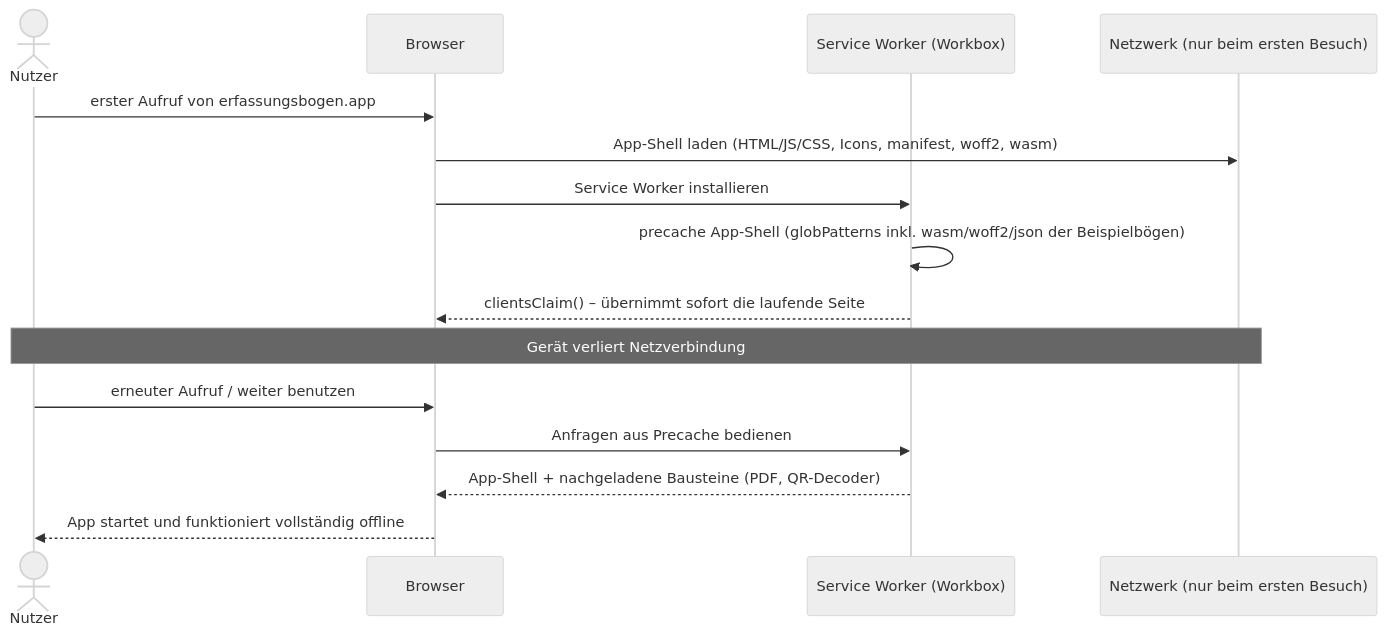
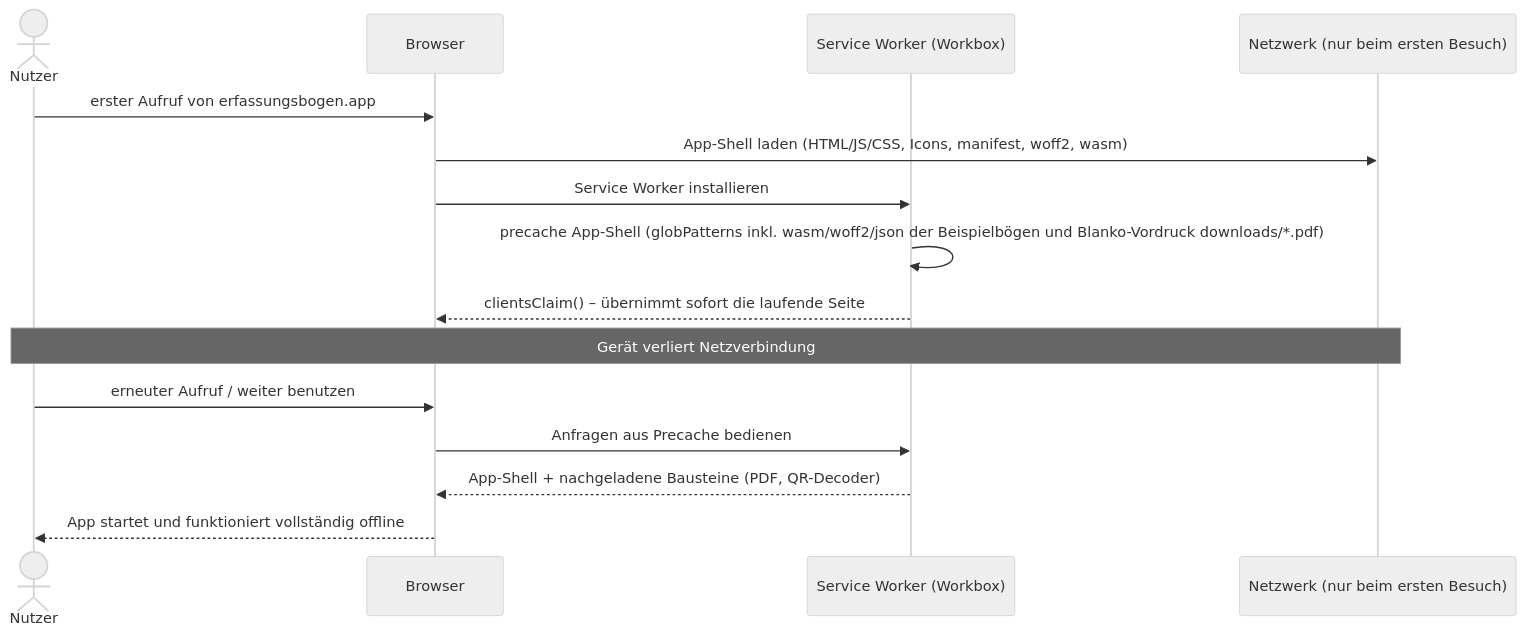
The eighth of 12 diagrams in docs/arc42-architektur.md (wattnpapa/erfassungsbogen), drawn with Mermaid (neutral theme) before and after one commit. The commit also changed other lines of this file and 6 other files, not shown here.

First line of the commit message:
Speicheranzeige gegen die echte Grenze, Warnung in Start- und Einsatzansicht, Blanko-PDF offline (R2-O7)

````diff
--- a/docs/arc42-architektur.md
+++ b/docs/arc42-architektur.md
@@ -846,18 +846,18 @@
 ```mermaid
 sequenceDiagram
   actor Nutzer
   participant Browser
   participant SW as Service Worker (Workbox)
   participant Netz as Netzwerk (nur beim ersten Besuch)
 
   Nutzer->>Browser: erster Aufruf von erfassungsbogen.app
   Browser->>Netz: App-Shell laden (HTML/JS/CSS, Icons, manifest, woff2, wasm)
   Browser->>SW: Service Worker installieren
-  SW->>SW: precache App-Shell (globPatterns inkl. wasm/woff2/json der Beispielbögen)
+  SW->>SW: precache App-Shell (globPatterns inkl. wasm/woff2/json der Beispielbögen und Blanko-Vordruck downloads/*.pdf)
   SW-->>Browser: clientsClaim() – übernimmt sofort die laufende Seite
   Note over Nutzer,Netz: Gerät verliert Netzverbindung
   Nutzer->>Browser: erneuter Aufruf / weiter benutzen
   Browser->>SW: Anfragen aus Precache bedienen
   SW-->>Browser: App-Shell + nachgeladene Bausteine (PDF, QR-Decoder)
   Browser-->>Nutzer: App startet und funktioniert vollständig offline
 ```
````
